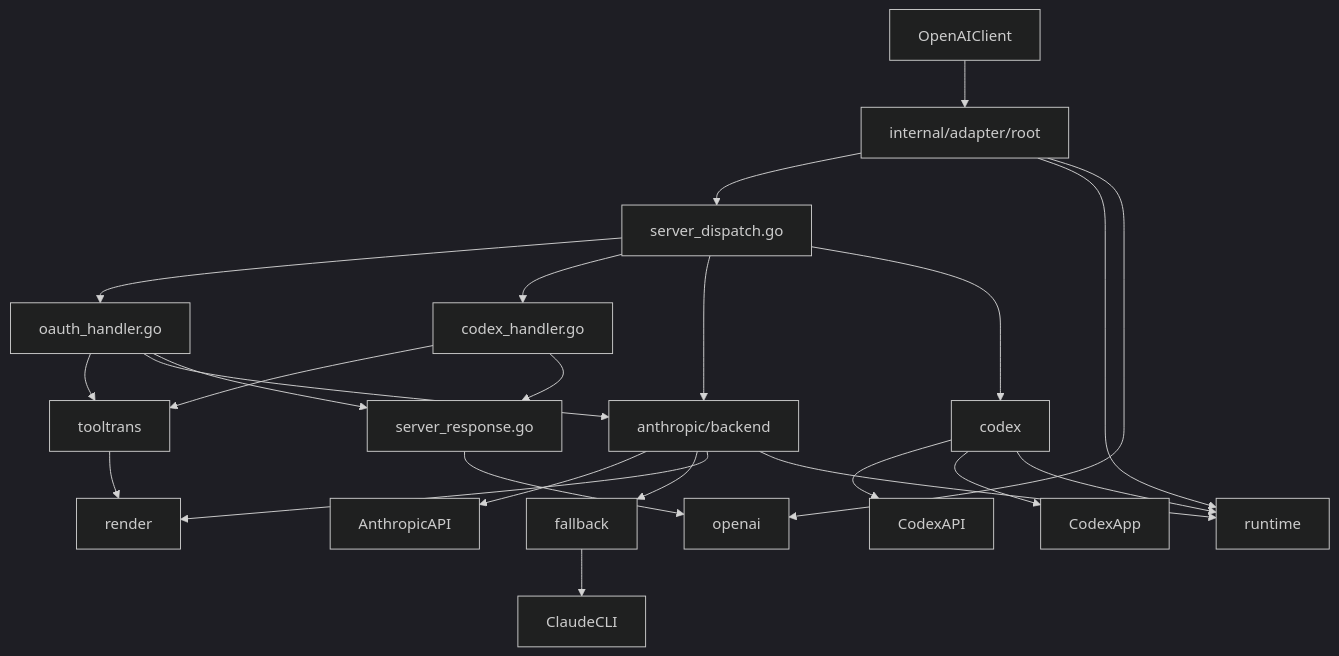
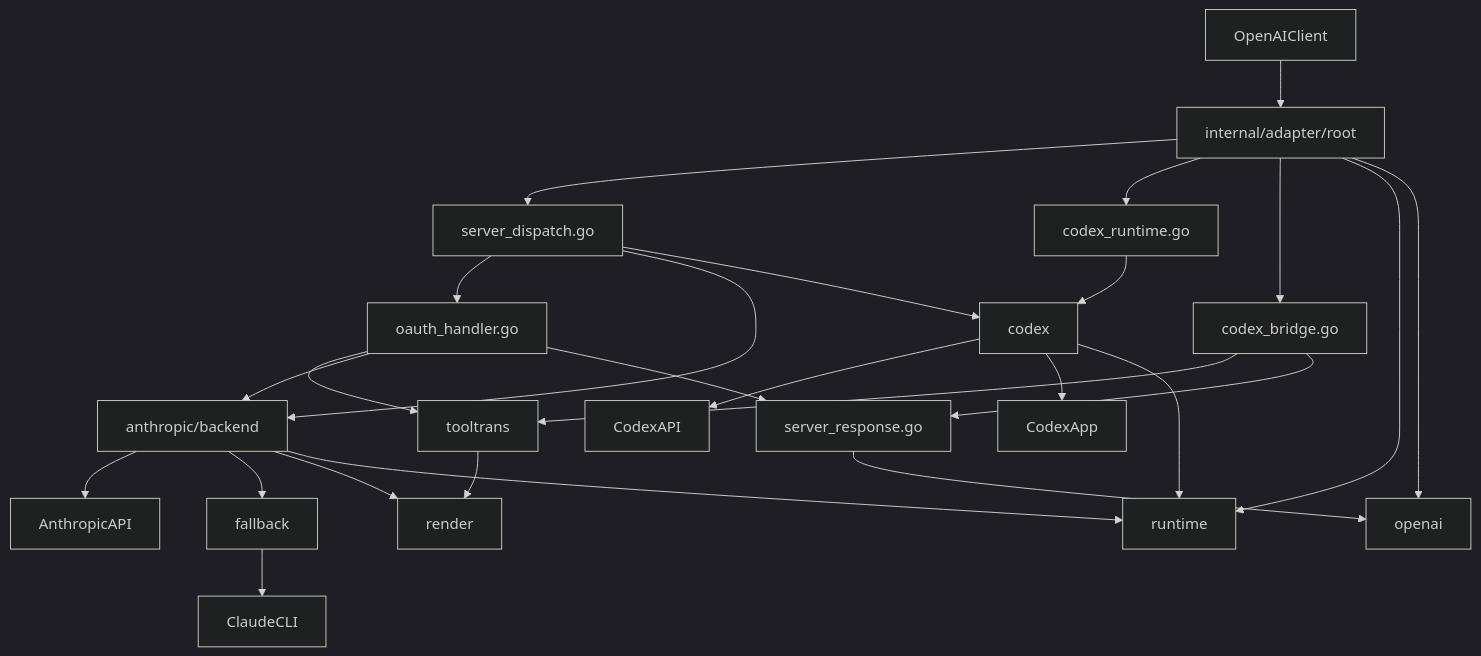
The first of 3 diagrams in docs/adapter-refactor/adapter-refactor.md (agoodkind/clotilde), drawn with Mermaid (dark theme) before and after one commit. The commit also changed other lines of this file and 5 other files, not shown here.

Commit message:
adapter: remove codex handler shim

````diff
--- a/docs/adapter-refactor/adapter-refactor.md
+++ b/docs/adapter-refactor/adapter-refactor.md
@@ -329,47 +329,50 @@
 ```mermaid
 flowchart TD
     OpenAIClient[OpenAIClient]
     RootAdapter["internal/adapter/root"]
     ServerDispatch[server_dispatch.go]
     OAuthHandler[oauth_handler.go]
-    CodexHandler[codex_handler.go]
+    CodexRuntime[codex_runtime.go]
+    CodexBridge[codex_bridge.go]
     ServerResponse[server_response.go]
     Tooltrans[tooltrans]
     AnthBackend["anthropic/backend"]
     CodexBackend[codex]
     Render[render]
     Runtime[runtime]
     OpenAIShared[openai]
     FallbackPkg[fallback]
     AnthropicAPI[AnthropicAPI]
     CodexAPI[CodexAPI]
     CodexApp[CodexApp]
     ClaudeCLI[ClaudeCLI]
 
     OpenAIClient --> RootAdapter
     RootAdapter --> ServerDispatch
     ServerDispatch --> OAuthHandler
-    ServerDispatch --> CodexHandler
     ServerDispatch --> AnthBackend
     ServerDispatch --> CodexBackend
+    RootAdapter --> CodexRuntime
+    RootAdapter --> CodexBridge
 
     OAuthHandler --> Tooltrans
     OAuthHandler --> AnthBackend
     OAuthHandler --> ServerResponse
-    CodexHandler --> Tooltrans
-    CodexHandler --> ServerResponse
+    CodexBridge --> Tooltrans
+    CodexBridge --> ServerResponse
+    CodexRuntime --> CodexBackend
     ServerResponse --> OpenAIShared
 
     Tooltrans --> Render
     AnthBackend --> AnthropicAPI
     AnthBackend --> FallbackPkg
     AnthBackend --> Render
     AnthBackend --> Runtime
     CodexBackend --> CodexAPI
     CodexBackend --> CodexApp
     CodexBackend --> Runtime
     FallbackPkg --> ClaudeCLI
 
     RootAdapter --> Runtime
     RootAdapter --> OpenAIShared
 ```
````
